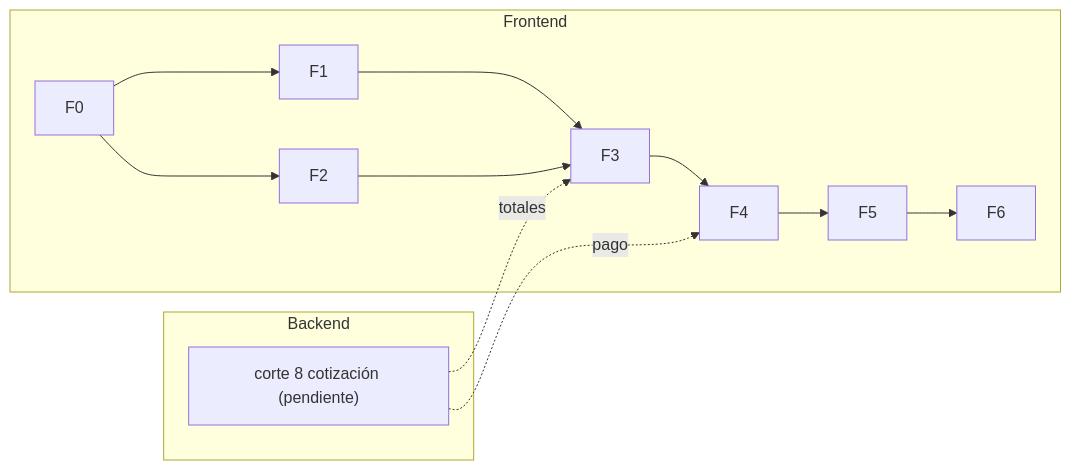
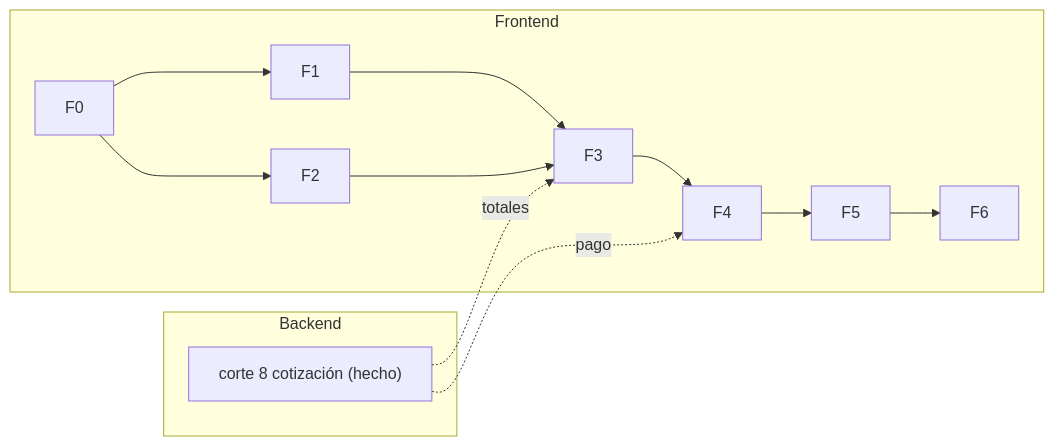
One commit to vorellana99/books-now-marketplace changed the diagram in docs/frontend/07-fases-y-roadmap.md. Above: the diagram before and after it, drawn with Mermaid. The commit also changed other lines of this file and 18 other files, not shown here.

````diff
--- a/docs/frontend/07-fases-y-roadmap.md
+++ b/docs/frontend/07-fases-y-roadmap.md
@@ -21,16 +21,16 @@
 ```mermaid
 flowchart LR
     subgraph FE["Frontend"]
         F0 --> F1 & F2
         F1 --> F3
         F2 --> F3
         F3 --> F4
         F4 --> F5
         F5 --> F6
     end
     subgraph BE["Backend"]
-        B81["corte 8 cotización (pendiente)"]
+        B81["corte 8 cotización (hecho)"]
     end
     B81 -. "totales" .-> F3
     B81 -. "pago" .-> F4
 ```
````
